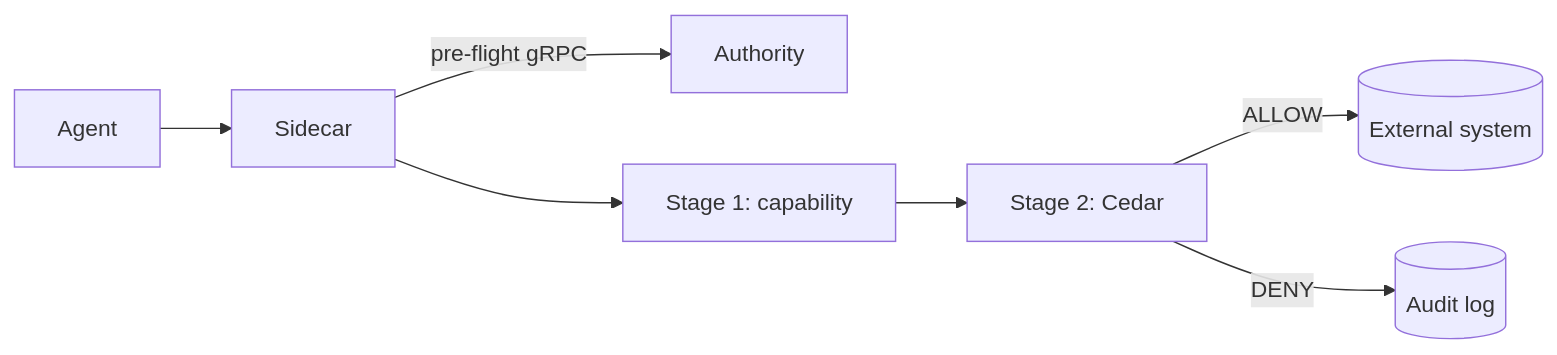
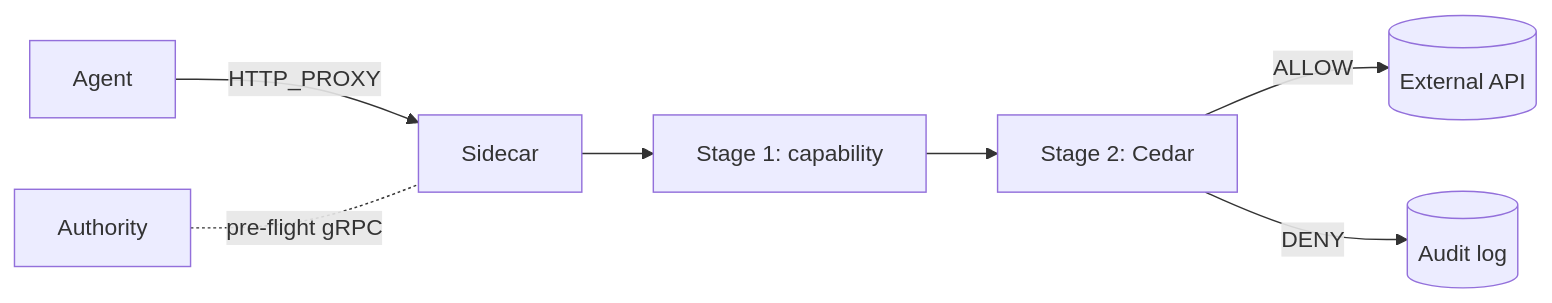
The diagram in docs/src/index.md (Firma-AI/openfirma), drawn with Mermaid before and after one commit. The commit also changed other lines of this file, not shown here.

````diff
--- a/docs/src/index.md
+++ b/docs/src/index.md
@@ -11,9 +11,9 @@
 ```mermaid
 flowchart LR
-    Agent --> Sidecar
-    Sidecar -- pre-flight gRPC --> Authority
+    Agent -->|HTTP_PROXY| Sidecar
     Sidecar --> S1[Stage 1: capability]
     S1 --> S2[Stage 2: Cedar]
-    S2 -- ALLOW --> Ext[(External system)]
+    S2 -- ALLOW --> Ext[(External API)]
     S2 -- DENY --> Audit[(Audit log)]
+    Authority -. pre-flight gRPC .- Sidecar
 ```
````
